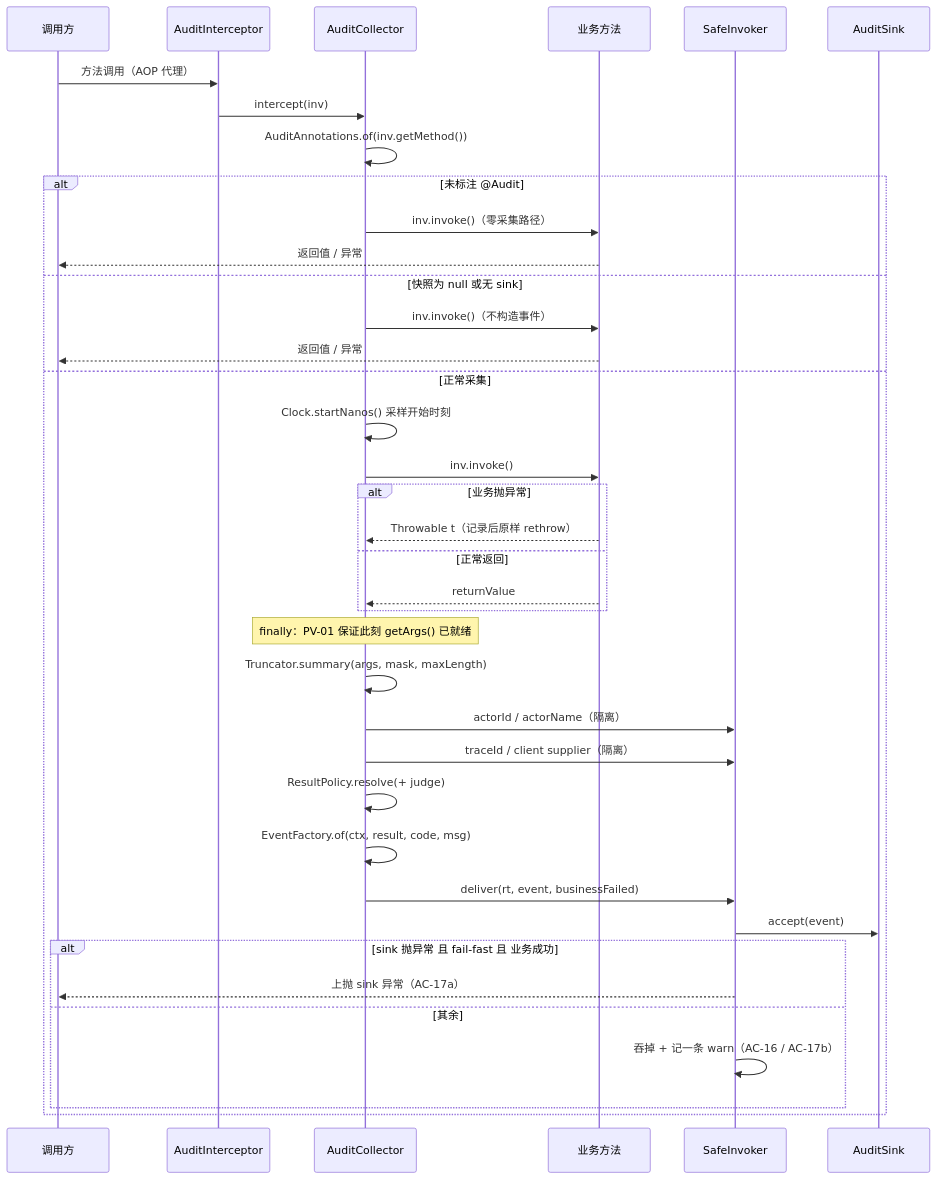
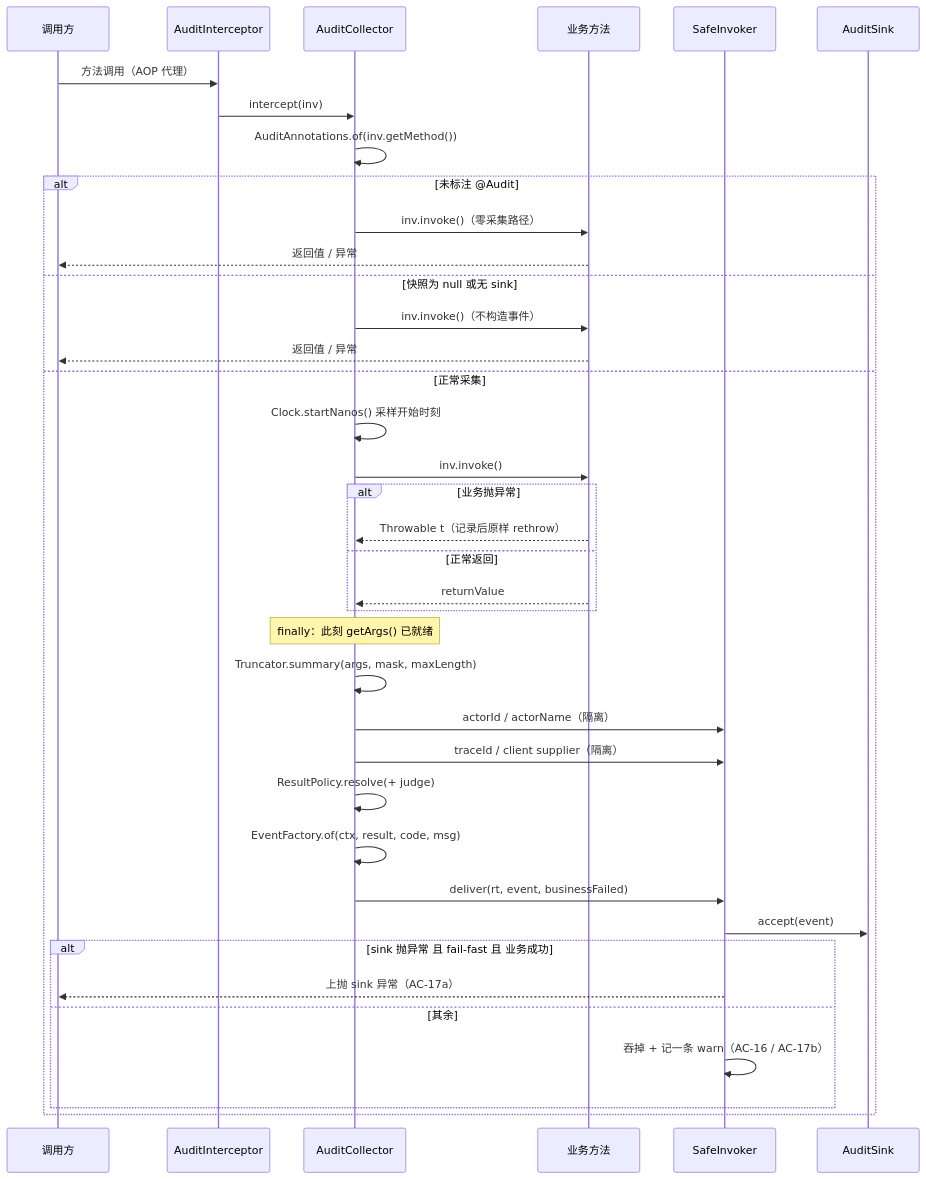
Before and after one commit to gollyhu/aifei-eco-modules: the second of 3 diagrams in aifei-audit/docs/design.md, drawn with Mermaid. The commit also changed other lines of this file and 99 other files, not shown here.

````diff
--- a/aifei-audit/docs/design.md
+++ b/aifei-audit/docs/design.md
@@ -526,41 +436,41 @@
 ```mermaid
 sequenceDiagram
     participant Caller as 调用方
     participant AI as AuditInterceptor
     participant AC as AuditCollector
     participant Biz as 业务方法
     participant SV as SafeInvoker
     participant Sink as AuditSink
 
     Caller->>AI: 方法调用（AOP 代理）
     AI->>AC: intercept(inv)
     AC->>AC: AuditAnnotations.of(inv.getMethod())
     alt 未标注 @Audit
         AC->>Biz: inv.invoke()（零采集路径）
         Biz-->>Caller: 返回值 / 异常
     else 快照为 null 或无 sink
         AC->>Biz: inv.invoke()（不构造事件）
         Biz-->>Caller: 返回值 / 异常
     else 正常采集
         AC->>AC: Clock.startNanos() 采样开始时刻
         AC->>Biz: inv.invoke()
         alt 业务抛异常
             Biz-->>AC: Throwable t（记录后原样 rethrow）
         else 正常返回
             Biz-->>AC: returnValue
         end
-        Note over AC: finally：PV-01 保证此刻 getArgs() 已就绪
+        Note over AC: finally：此刻 getArgs() 已就绪
         AC->>AC: Truncator.summary(args, mask, maxLength)
         AC->>SV: actorId / actorName（隔离）
         AC->>SV: traceId / client supplier（隔离）
         AC->>AC: ResultPolicy.resolve(+ judge)
         AC->>AC: EventFactory.of(ctx, result, code, msg)
         AC->>SV: deliver(rt, event, businessFailed)
         SV->>Sink: accept(event)
         alt sink 抛异常 且 fail-fast 且 业务成功
             SV-->>Caller: 上抛 sink 异常（AC-17a）
         else 其余
             SV->>SV: 吞掉 + 记一条 warn（AC-16 / AC-17b）
         end
     end
 ```
````
